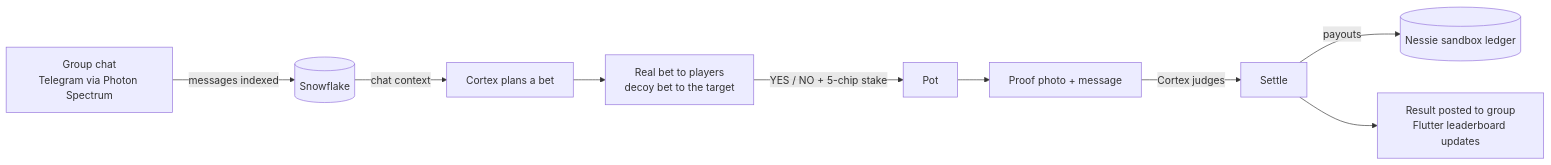
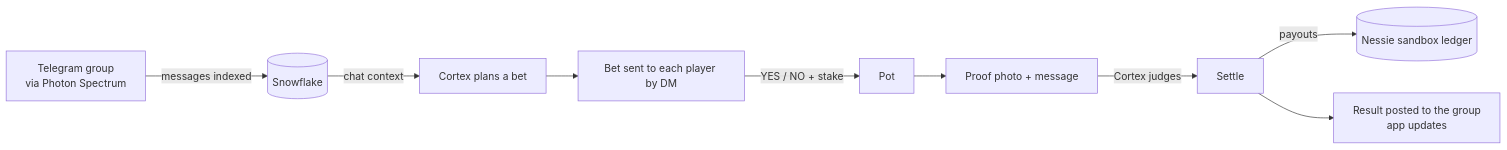
One commit to side-swifter/called-it-hack-nc changed the diagram in README.md. Above: the diagram before and after it, drawn with Mermaid. The commit also changed other lines of this file and 17 other files, not shown here.

Commit message:
README with real app screenshots, remove unused finance scaffold, rename package, document env and limits

````diff
--- a/README.md
+++ b/README.md
@@ -32,11 +38,11 @@
 ```mermaid
 flowchart LR
-    A[Group chat<br/>Telegram via Photon Spectrum] -->|messages indexed| B[(Snowflake)]
+    A[Telegram group<br/>via Photon Spectrum] -->|messages indexed| B[(Snowflake)]
     B -->|chat context| C[Cortex plans a bet]
-    C --> D[Real bet to players<br/>decoy bet to the target]
-    D -->|YES / NO + 5-chip stake| E[Pot]
+    C --> D[Bet sent to each player by DM]
+    D -->|YES / NO + stake| E[Pot]
     E --> F[Proof photo + message]
     F -->|Cortex judges| G[Settle]
     G -->|payouts| H[(Nessie sandbox ledger)]
-    G --> I[Result posted to group<br/>Flutter leaderboard updates]
+    G --> I[Result posted to the group<br/>app updates]
 ```
````
